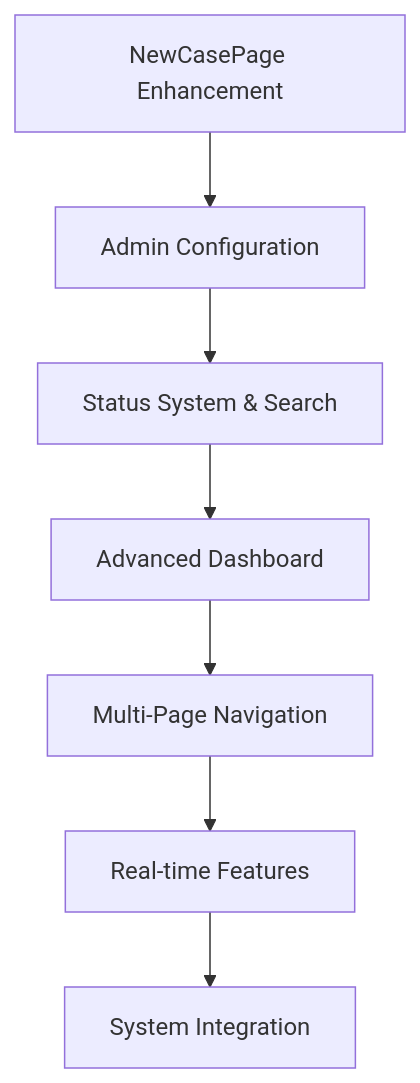
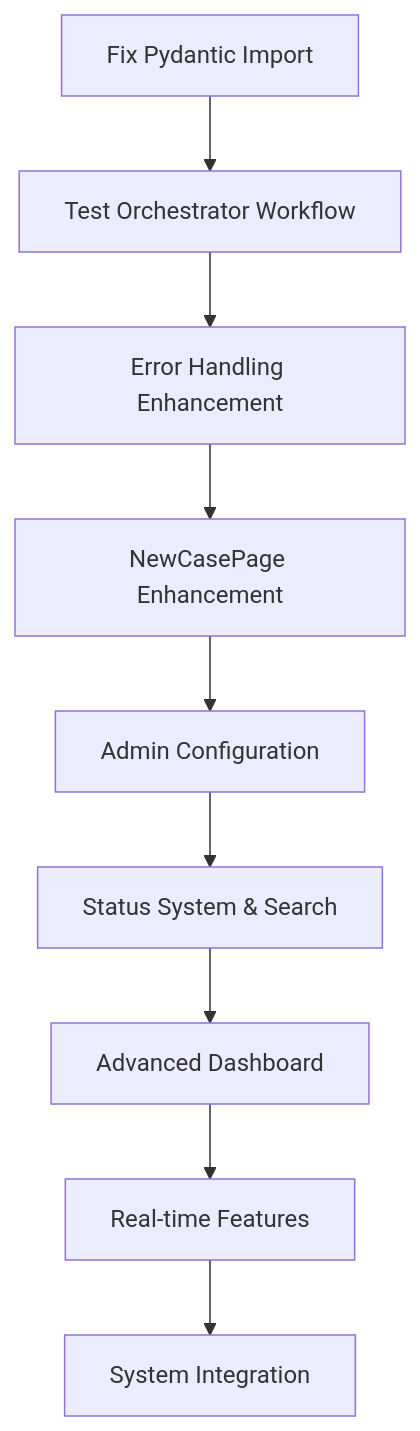
One commit to Boatschool/drfirst-business-case-generator changed the diagram in docs/roadmaps/UNIFIED_ENHANCEMENT_ROADMAP.md. Above: the diagram before and after it, drawn with Mermaid. The commit also changed other lines of this file and 114 other files, not shown here.

````diff
--- a/docs/roadmaps/UNIFIED_ENHANCEMENT_ROADMAP.md
+++ b/docs/roadmaps/UNIFIED_ENHANCEMENT_ROADMAP.md
@@ -405,9 +500,11 @@
 ```mermaid
 graph TD
-    A[NewCasePage Enhancement] --> B[Admin Configuration]
-    B --> C[Status System & Search]
-    C --> D[Advanced Dashboard]
-    D --> E[Multi-Page Navigation]
+    A0[Fix Pydantic Import] --> A1[Test Orchestrator Workflow]
+    A1 --> A2[Error Handling Enhancement]
+    A2 --> B[NewCasePage Enhancement]
+    B --> C[Admin Configuration]
+    C --> D[Status System & Search]
+    D --> E[Advanced Dashboard]
     E --> F[Real-time Features]
     F --> G[System Integration]
 ```
````
